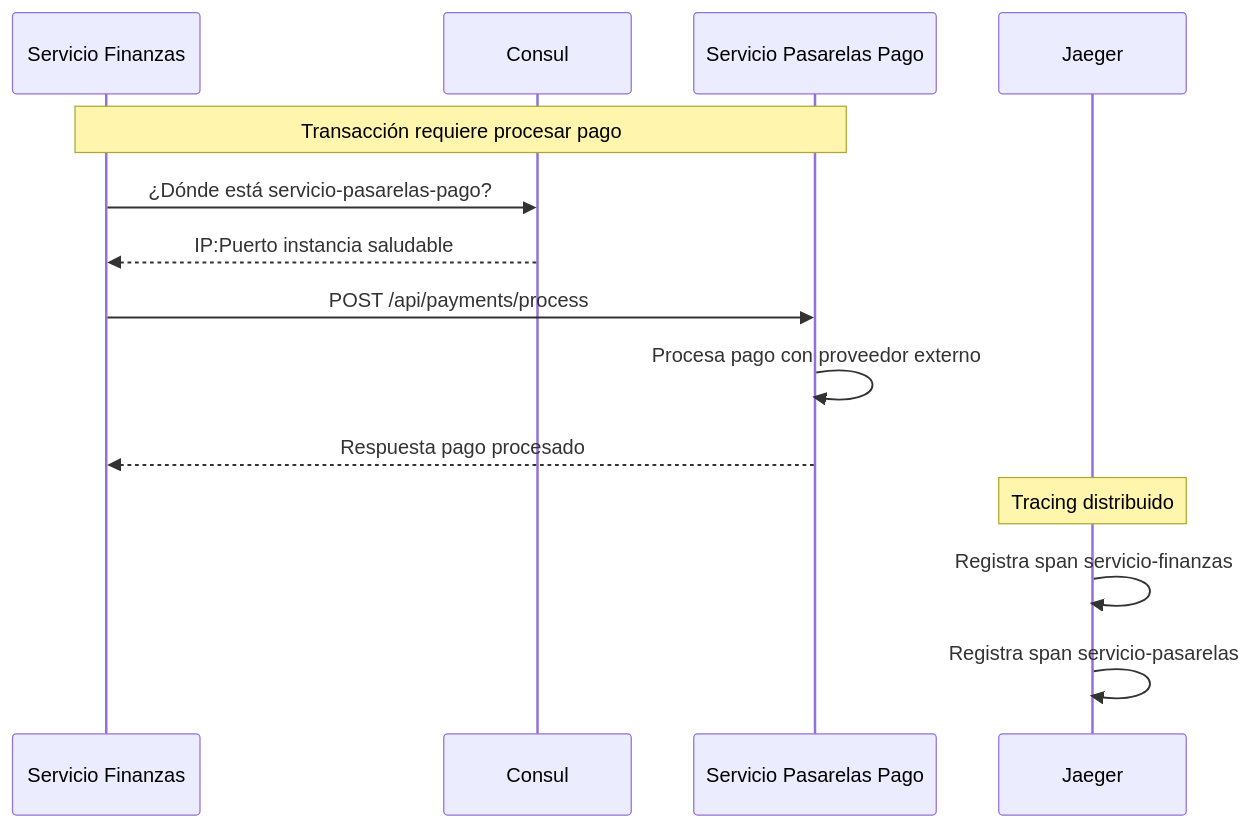
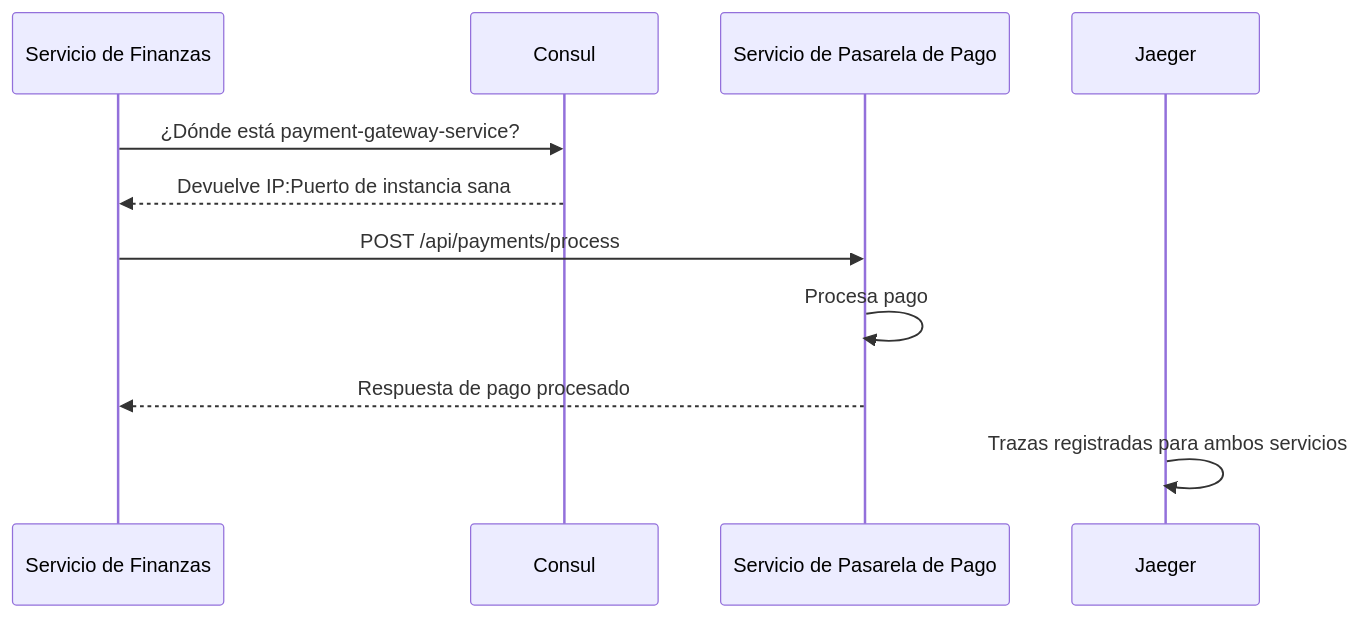
The third of 4 diagrams in README.es.md (Santiago1010/dev-container), drawn with Mermaid before and after one commit. The commit also changed other lines of this file and 3 other files, not shown here.

````diff
--- a/README.es.md
+++ b/README.es.md
@@ -242,18 +276,14 @@
 ```mermaid
 sequenceDiagram
-    participant F as Servicio Finanzas
+    participant F as Servicio de Finanzas
     participant C as Consul
-    participant P as Servicio Pasarelas Pago
+    participant P as Servicio de Pasarela de Pago
     participant J as Jaeger
 
-    Note over F,P: Transacción requiere procesar pago
-    F->>C: ¿Dónde está servicio-pasarelas-pago?
-    C-->>F: IP:Puerto instancia saludable
+    F->>C: ¿Dónde está payment-gateway-service?
+    C-->>F: Devuelve IP:Puerto de instancia sana
     F->>P: POST /api/payments/process
-    P->>P: Procesa pago con proveedor externo
-    P-->>F: Respuesta pago procesado
-    
-    Note over J: Tracing distribuido
-    J->>J: Registra span servicio-finanzas
-    J->>J: Registra span servicio-pasarelas
+    P->>P: Procesa pago
+    P-->>F: Respuesta de pago procesado
+    J->>J: Trazas registradas para ambos servicios
 ```
````
